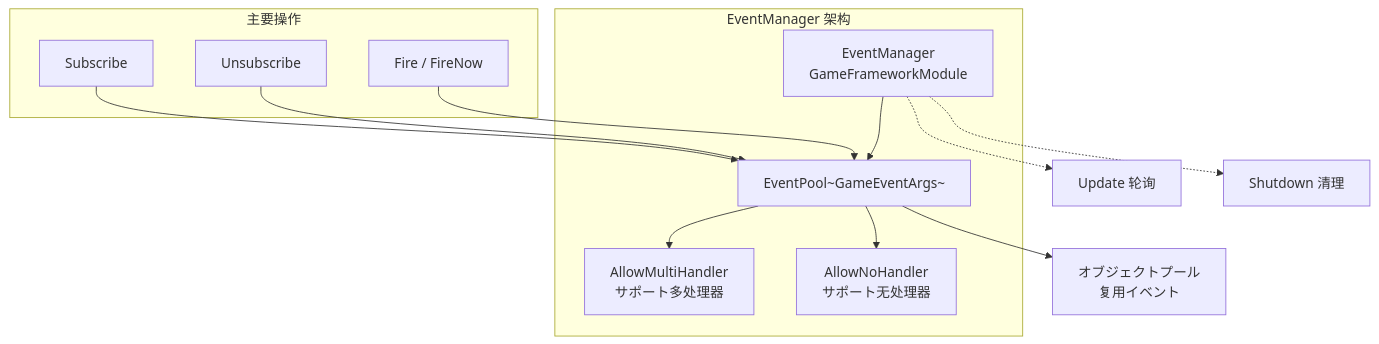
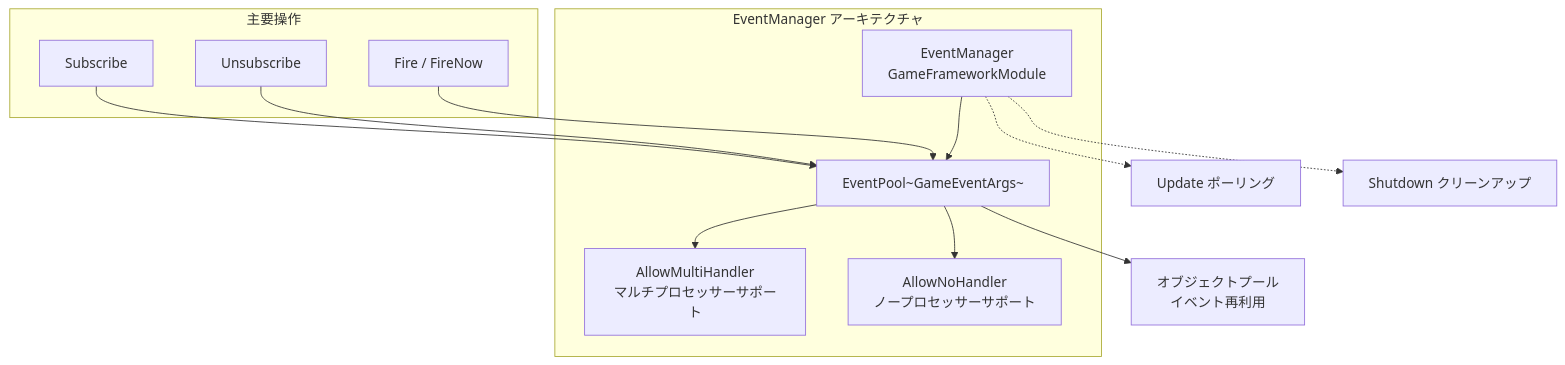
The first of 3 diagrams in docs/ja/client/unity/component/event/06.event-manager.md (AlianBlank/GameFrameX.Docs), drawn with Mermaid before and after one commit. The commit also changed other lines of this file and 320 other files, not shown here.

````diff
--- a/docs/ja/client/unity/component/event/06.event-manager.md
+++ b/docs/ja/client/unity/component/event/06.event-manager.md
@@ -25,19 +25,19 @@
 ```mermaid
 flowchart TD
-    subgraph EventManager["EventManager 架构"]
+    subgraph EventManager["EventManager アーキテクチャ"]
         EM[EventManager<br/>GameFrameworkModule] --> EP[EventPool~GameEventArgs~]
-        EP --> Mode1[AllowMultiHandler<br/>サポート多处理器]
-        EP --> Mode2[AllowNoHandler<br/>サポート无处理器]
+        EP --> Mode1[AllowMultiHandler<br/>マルチプロセッサーサポート]
+        EP --> Mode2[AllowNoHandler<br/>ノープロセッサーサポート]
     end
-    
+
     subgraph Operations["主要操作"]
         Sub[Subscribe] --> EP
         Unsub[Unsubscribe] --> EP
         Fire[Fire / FireNow] --> EP
     end
-    
-    EP --> Pool[オブジェクトプール<br/>复用イベント]
-    
-    EM -.-> Update[Update 轮询]
-    EM -.-> Shutdown[Shutdown 清理]
+
+    EP --> Pool[オブジェクトプール<br/>イベント再利用]
+
+    EM -.-> Update[Update ポーリング]
+    EM -.-> Shutdown[Shutdown クリーンアップ]
 ```
````
